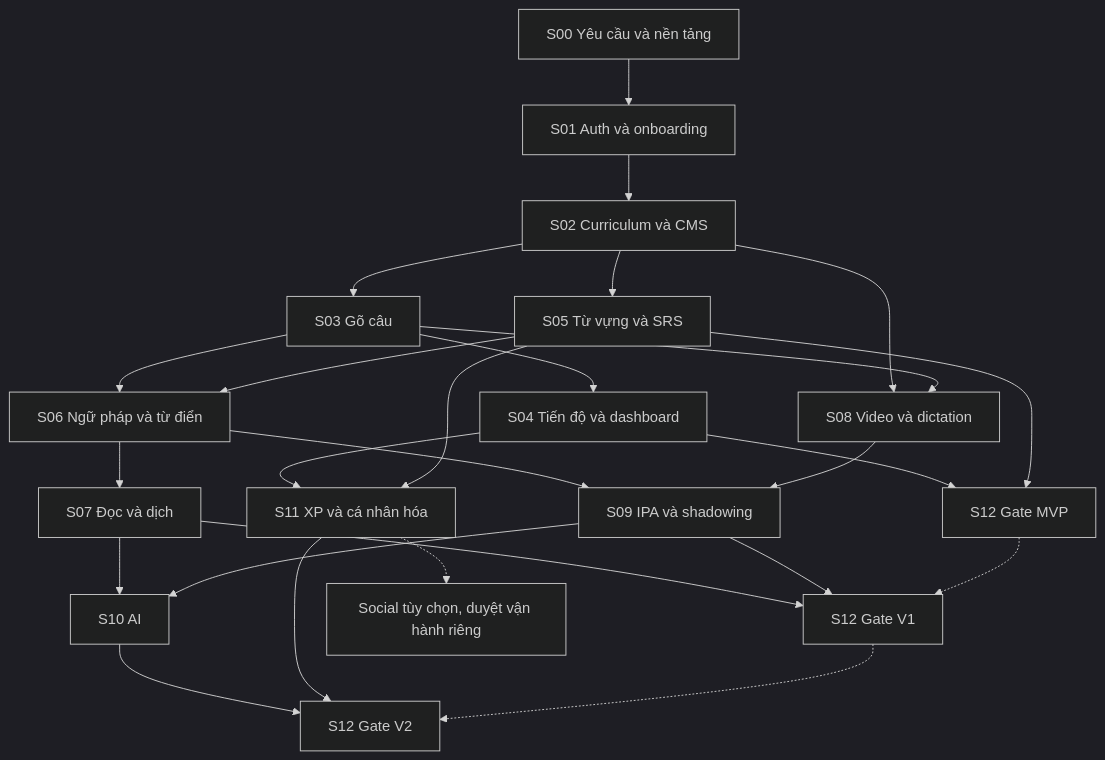
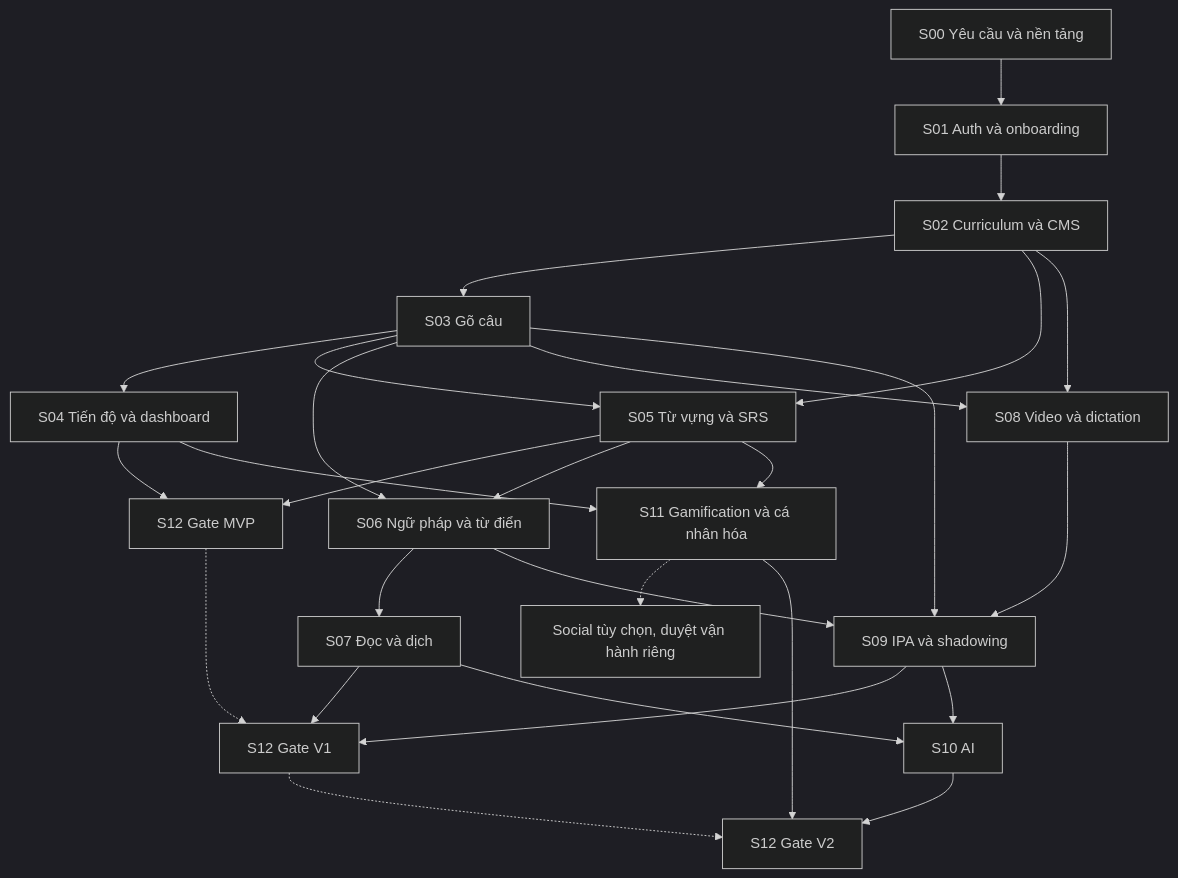
One commit to HIspcvn/English-Learning-Platform changed the diagram in docs/plans/00-master-roadmap.md. Above: the diagram before and after it, drawn with Mermaid (dark theme). The commit also changed other lines of this file and 29 other files, not shown here.

Commit message:
docs: finalize feature parity and architecture contracts

````diff
--- a/docs/plans/00-master-roadmap.md
+++ b/docs/plans/00-master-roadmap.md
@@ -7,28 +7,30 @@
 ```mermaid
 flowchart TD
     S0["S00 Yêu cầu và nền tảng"] --> S1["S01 Auth và onboarding"]
     S1 --> S2["S02 Curriculum và CMS"]
     S2 --> S3["S03 Gõ câu"]
     S3 --> S4["S04 Tiến độ và dashboard"]
     S2 --> S5["S05 Từ vựng và SRS"]
+    S3 --> S5
     S4 --> GM["S12 Gate MVP"]
     S5 --> GM
     S3 --> S6["S06 Ngữ pháp và từ điển"]
     S5 --> S6
     S6 --> S7["S07 Đọc và dịch"]
     S2 --> S8["S08 Video và dictation"]
     S3 --> S8
     S6 --> S9["S09 IPA và shadowing"]
     S8 --> S9
+    S3 --> S9
     S7 --> G1["S12 Gate V1"]
     S9 --> G1
     GM -.-> G1
     S7 --> S10["S10 AI"]
     S9 --> S10
-    S4 --> S11["S11 XP và cá nhân hóa"]
+    S4 --> S11["S11 Gamification và cá nhân hóa"]
     S5 --> S11
     S11 -.-> SOCIAL["Social tùy chọn, duyệt vận hành riêng"]
     S10 --> G2["S12 Gate V2"]
     S11 --> G2
     G1 -.-> G2
 ```
````
